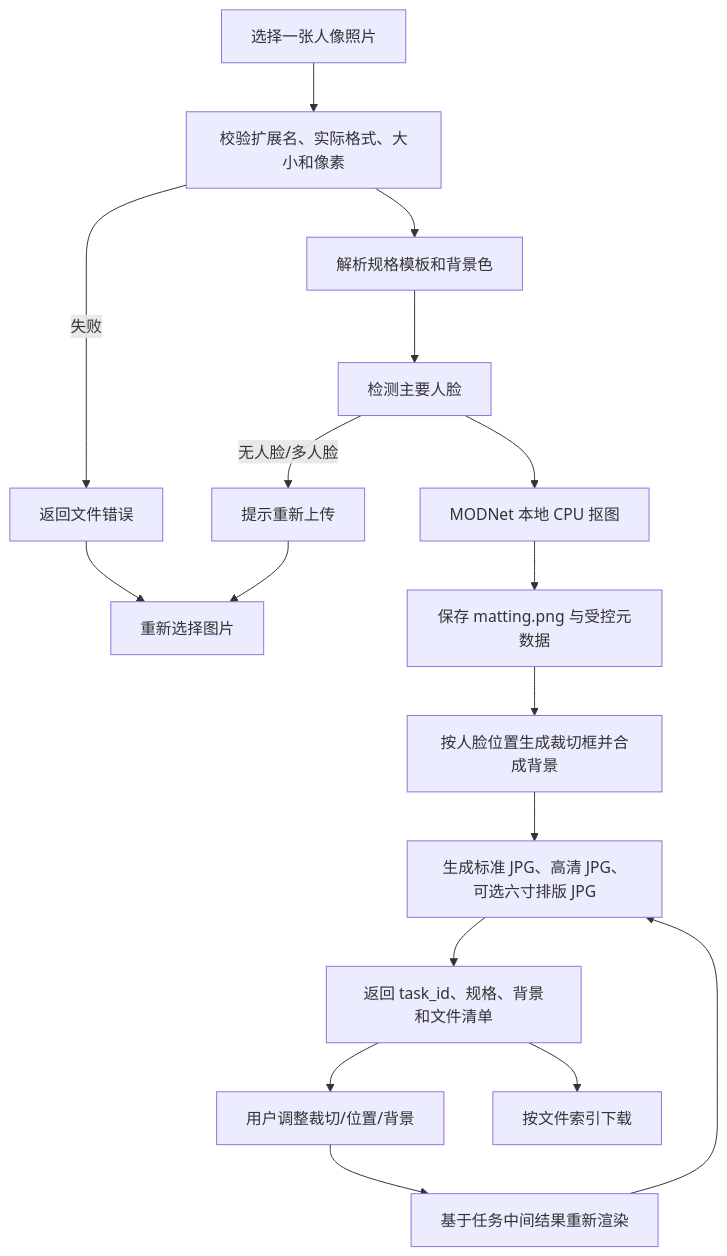
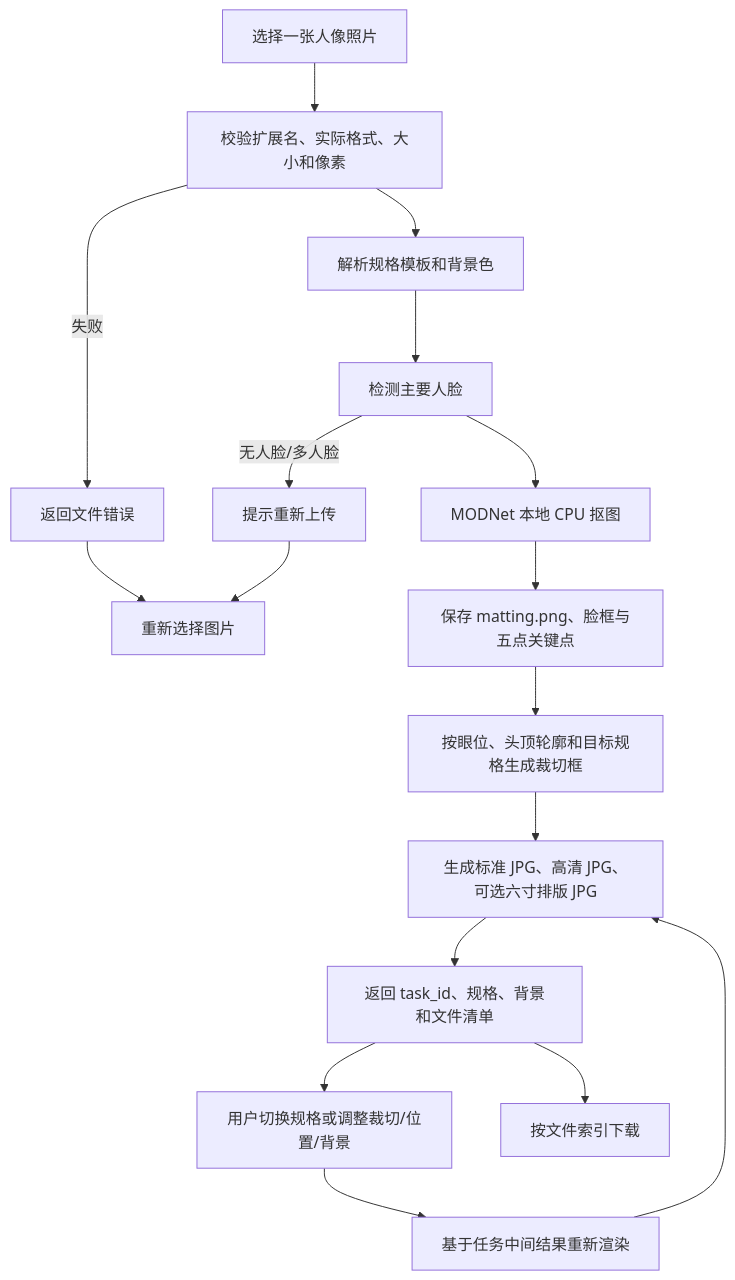
Before and after one commit to ddll8023/tools: the second of 2 diagrams in doc/模块/证件照模块开发设计.md, drawn with Mermaid. The commit also changed other lines of this file and 7 other files, not shown here.

````diff
--- a/doc/模块/证件照模块开发设计.md
+++ b/doc/模块/证件照模块开发设计.md
@@ -159,19 +160,19 @@
 ```mermaid
 flowchart TD
     Start[选择一张人像照片] --> Check[校验扩展名、实际格式、大小和像素]
     Check -->|失败| InputError[返回文件错误]
     Check --> Template[解析规格模板和背景色]
     Template --> Detect[检测主要人脸]
     Detect -->|无人脸/多人脸| FaceError[提示重新上传]
     Detect --> Matting[MODNet 本地 CPU 抠图]
-    Matting --> Save[保存 matting.png 与受控元数据]
-    Save --> Render[按人脸位置生成裁切框并合成背景]
+    Matting --> Save[保存 matting.png、脸框与五点关键点]
+    Save --> Render[按眼位、头顶轮廓和目标规格生成裁切框]
     Render --> Files[生成标准 JPG、高清 JPG、可选六寸排版 JPG]
     Files --> Response[返回 task_id、规格、背景和文件清单]
-    Response --> Adjust[用户调整裁切/位置/背景]
+    Response --> Adjust[用户切换规格或调整裁切/位置/背景]
     Adjust --> Rerender[基于任务中间结果重新渲染]
     Rerender --> Files
     Response --> Download[按文件索引下载]
     InputError --> Retry[重新选择图片]
     FaceError --> Retry
 ```
````
